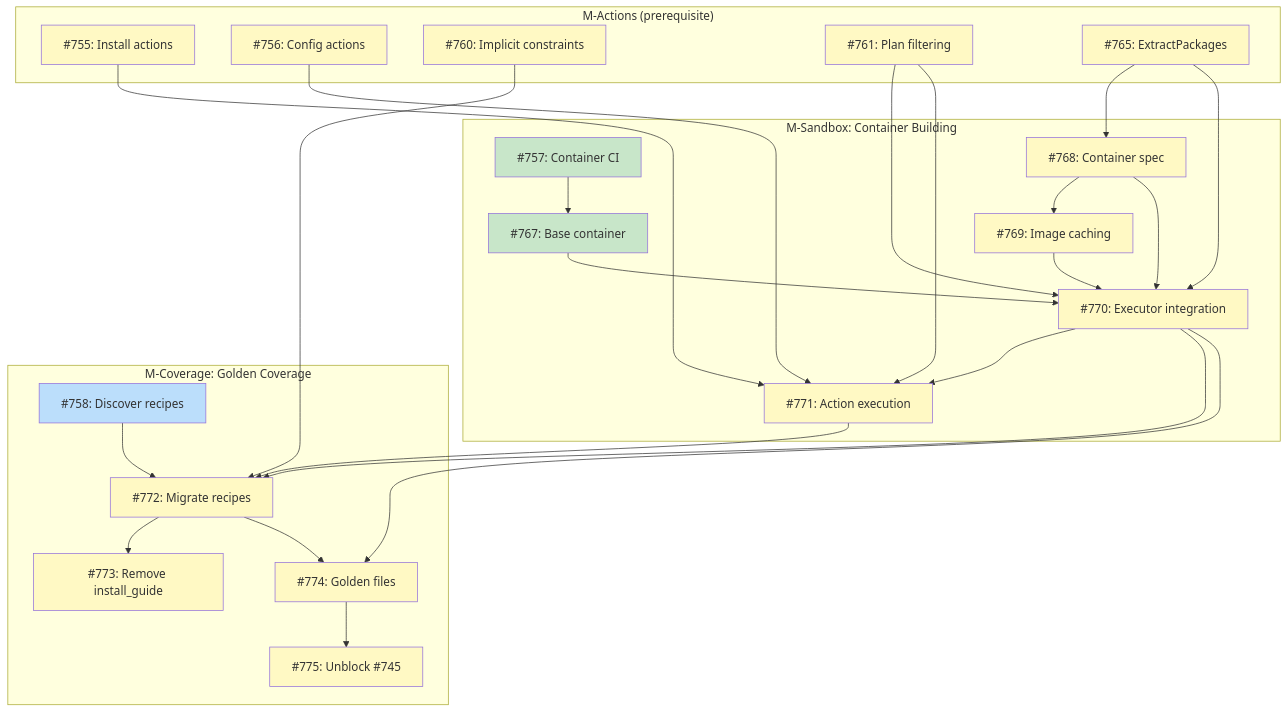
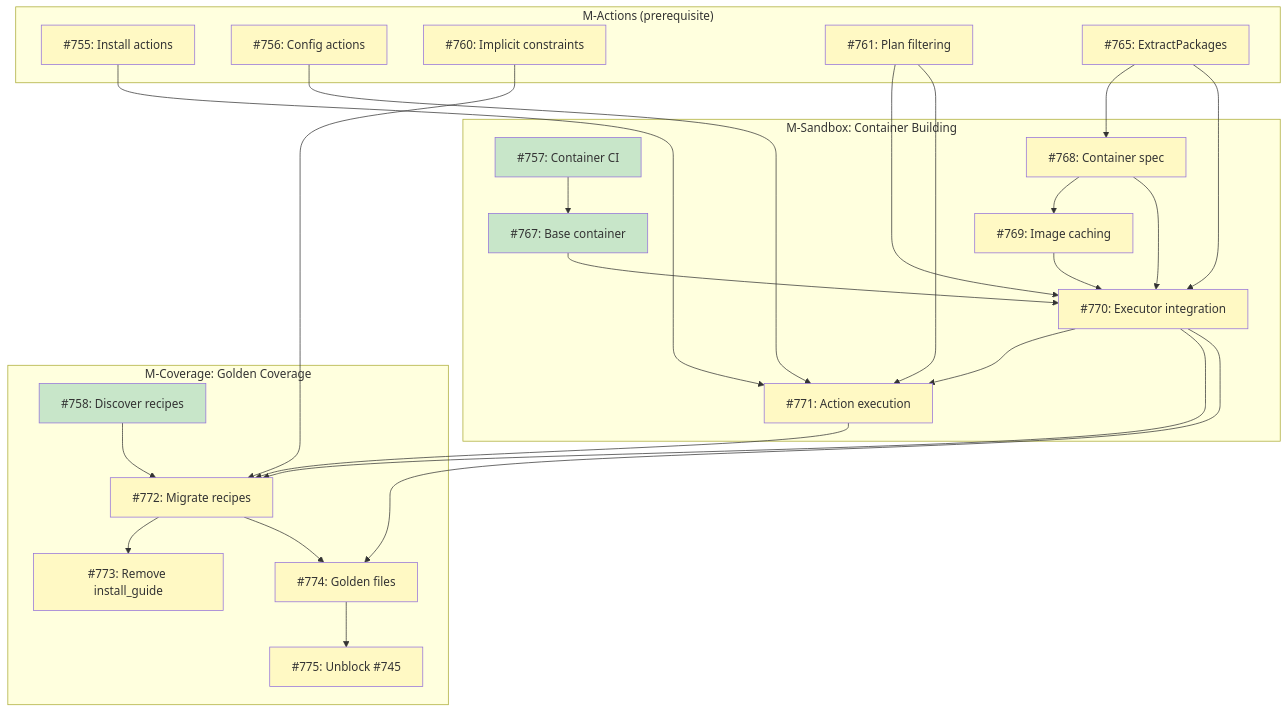
One commit to tsukumogami/tsuku changed the diagram in docs/DESIGN-structured-install-guide.md. Above: the diagram before and after it, drawn with Mermaid. The commit also changed 1 other file, not shown here.

Commit message:
chore(recipes): add migration discovery script and scope (#785)
Add script to discover recipes using require_system + install_guide
that need migration to typed actions. Generate migration scope document
showing the migration scope for recipe conversion.

---

## What This Accomplishes

Establishes the exact count of recipes needing migration from
`install_guide` to typed actions, providing a checklist for recipe
conversion work.

## Findings

| Metric | Count |
|--------|-------|
| Total recipes with require_system + install_guide | 3 |
| With darwin instructions | 3 |
| With linux instructions | 2 |
| Complex/manual instructions | 2 |

**Complex recipes** (requiring special handling):
- `cuda`: Manual Linux instructions, platform not supported on Darwin
- `docker`: Manual Linux instructions (platform-specific install)

## Script Usage

```bash
./scripts/discover-migration-recipes.sh
```

Output is written to `wip/migration-scope.md`.

Fixes #758

````diff
--- a/docs/DESIGN-structured-install-guide.md
+++ b/docs/DESIGN-structured-install-guide.md
@@ -32,58 +32,57 @@
 ```mermaid
 graph TD
     subgraph Actions["M-Actions (prerequisite)"]
         I755["#755: Install actions"]
         I756["#756: Config actions"]
         I760["#760: Implicit constraints"]
         I761["#761: Plan filtering"]
         I765["#765: ExtractPackages"]
     end
 
     subgraph Sandbox["M-Sandbox: Container Building"]
         I757["#757: Container CI"]
         I767["#767: Base container"]
         I768["#768: Container spec"]
         I769["#769: Image caching"]
         I770["#770: Executor integration"]
         I771["#771: Action execution"]
     end
 
     subgraph Coverage["M-Coverage: Golden Coverage"]
         I758["#758: Discover recipes"]
         I772["#772: Migrate recipes"]
         I773["#773: Remove install_guide"]
         I774["#774: Golden files"]
         I775["#775: Unblock #745"]
     end
 
     I757 --> I767
     I765 --> I768
     I768 --> I769
     I761 --> I770
     I767 --> I770
     I768 --> I770
     I769 --> I770
     I765 --> I770
     I755 --> I771
     I756 --> I771
     I770 --> I771
     I761 --> I771
     I758 --> I772
     I770 --> I772
     I771 --> I772
     I760 --> I772
     I772 --> I773
     I772 --> I774
     I770 --> I774
     I774 --> I775
 
     classDef done fill:#c8e6c9
     classDef ready fill:#bbdefb
     classDef blocked fill:#fff9c4
     classDef needsDesign fill:#e1bee7
 
-    class I757,I767 done
-    class I758 ready
+    class I757,I767,I758 done
     class I755,I756,I760,I761,I765 blocked
     class I768,I769,I770,I771,I772,I773,I774,I775 blocked
 ```
````
